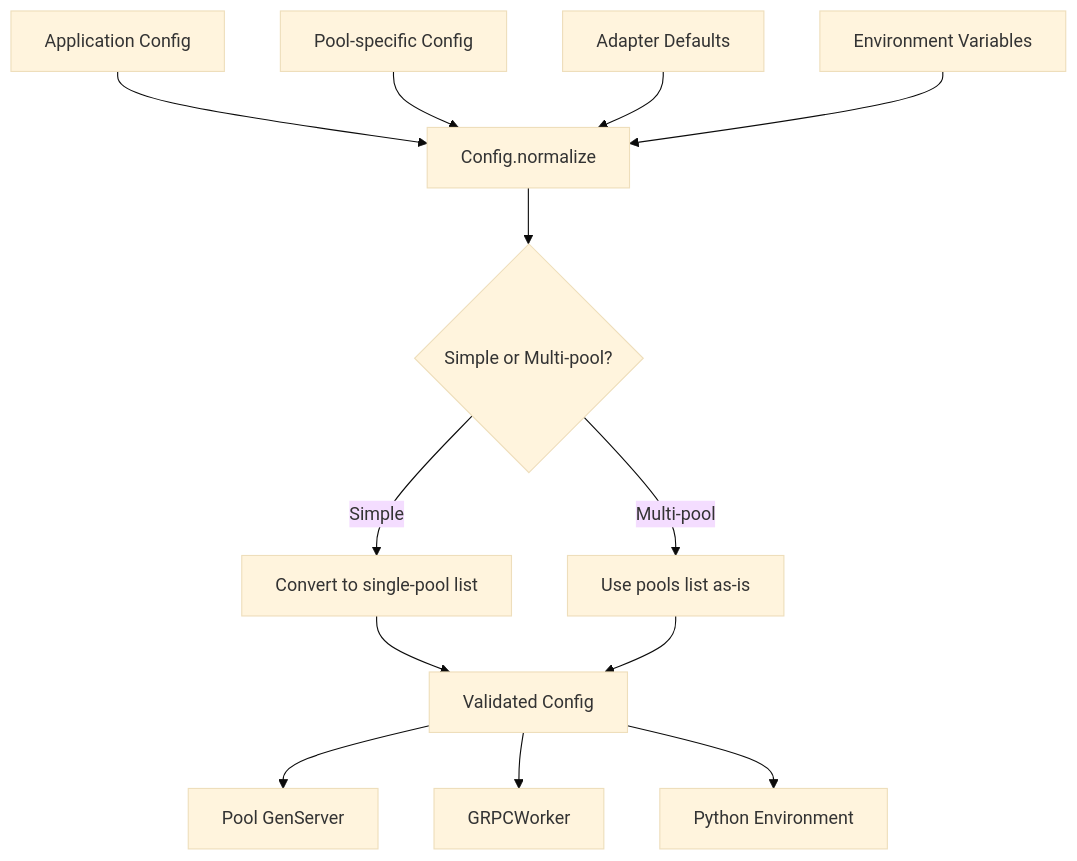
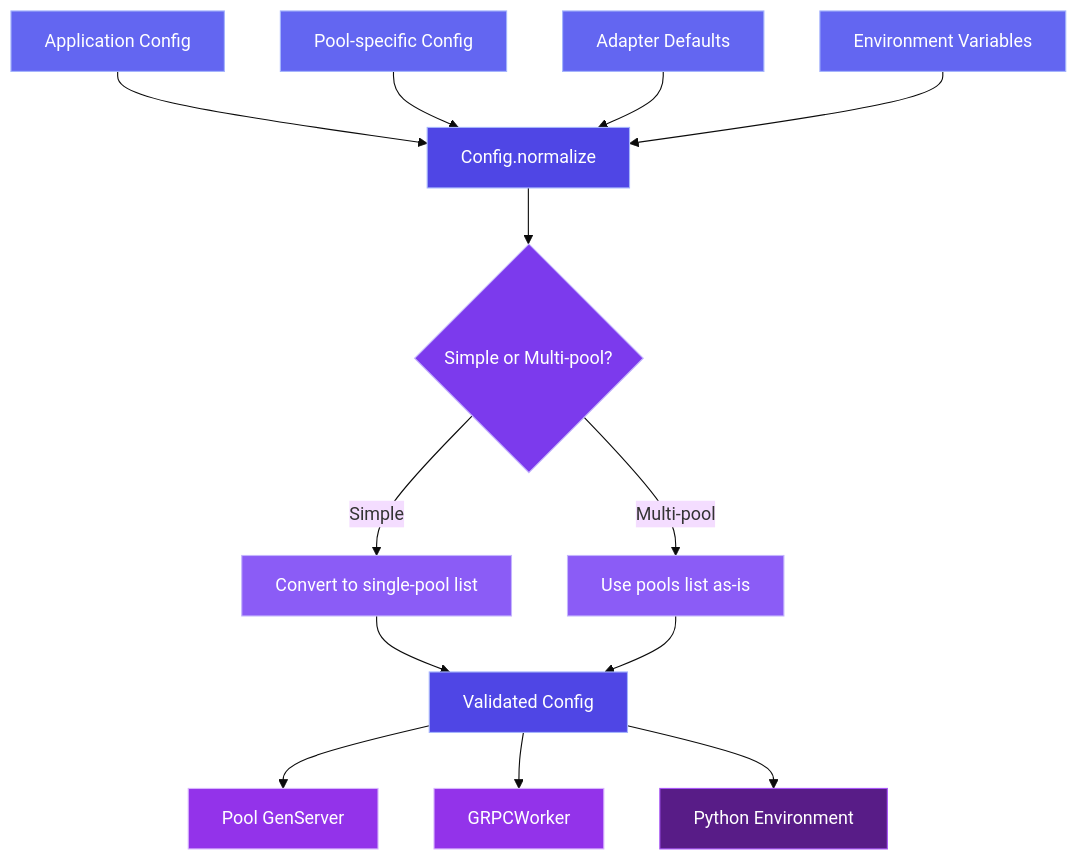
One commit to nshkrdotcom/snakepit changed diagram 12 of 12 in DIAGRAMS.md. Above: the diagram before and after it, drawn with Mermaid (base theme). The commit also changed other lines of this file and 8 other files, not shown here.

First line of the commit message:
docs: add machine learning protocols and implementation roadmap

````diff
--- a/DIAGRAMS.md
+++ b/DIAGRAMS.md
@@ -355,23 +444,36 @@
 ```mermaid
 flowchart TD
     A[Application Config]
     B[Pool-specific Config]
     C[Adapter Defaults]
     D[Environment Variables]
 
     A --> E[Config.normalize]
     B --> E
     C --> E
     D --> E
 
     E --> F{Simple or Multi-pool?}
     F -->|Simple| G[Convert to single-pool list]
     F -->|Multi-pool| H[Use pools list as-is]
 
     G --> I[Validated Config]
     H --> I
 
     I --> J[Pool GenServer]
     I --> K[GRPCWorker]
     I --> L[Python Environment]
+
+    style A fill:#6366f1,stroke:#a5b4fc,color:#fff
+    style B fill:#6366f1,stroke:#a5b4fc,color:#fff
+    style C fill:#6366f1,stroke:#a5b4fc,color:#fff
+    style D fill:#6366f1,stroke:#a5b4fc,color:#fff
+    style E fill:#4f46e5,stroke:#a5b4fc,color:#fff
+    style F fill:#7c3aed,stroke:#c4b5fd,color:#fff
+    style G fill:#8b5cf6,stroke:#c4b5fd,color:#fff
+    style H fill:#8b5cf6,stroke:#c4b5fd,color:#fff
+    style I fill:#4f46e5,stroke:#a5b4fc,color:#fff
+    style J fill:#9333ea,stroke:#d8b4fe,color:#fff
+    style K fill:#9333ea,stroke:#d8b4fe,color:#fff
+    style L fill:#581c87,stroke:#a855f7,color:#fff
 ```
````
